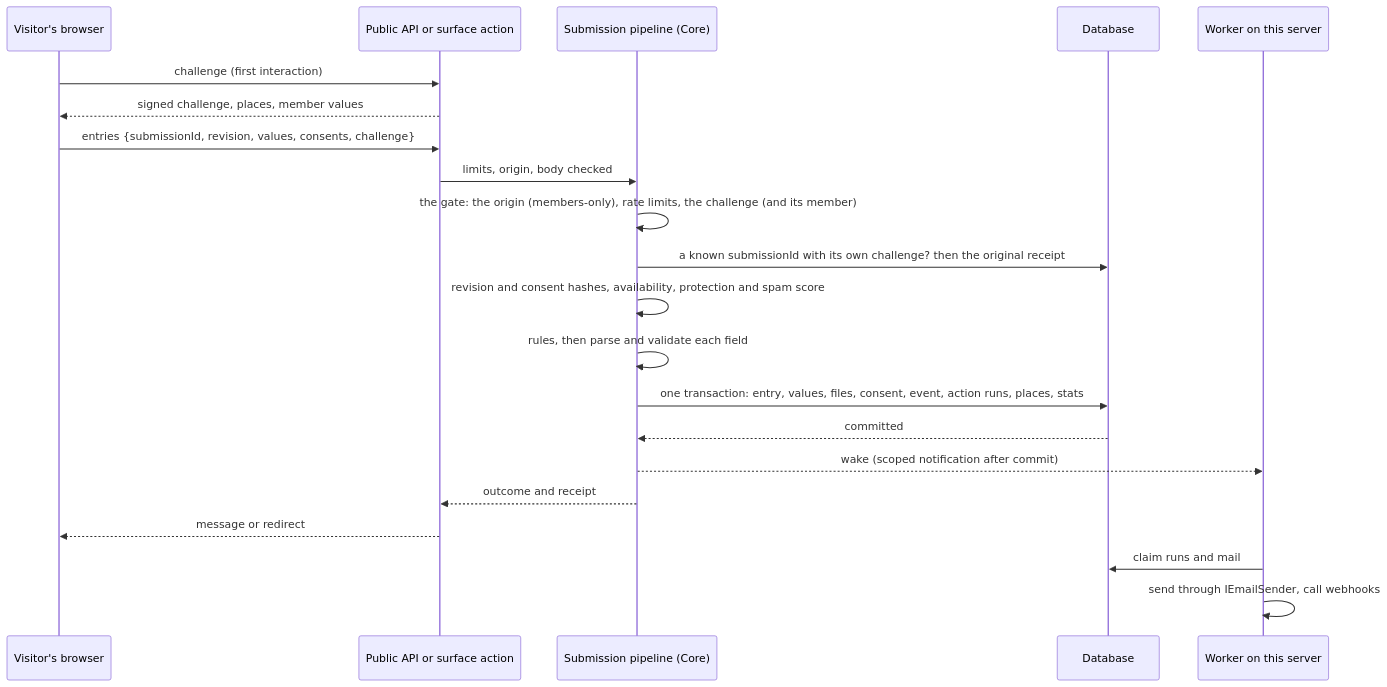
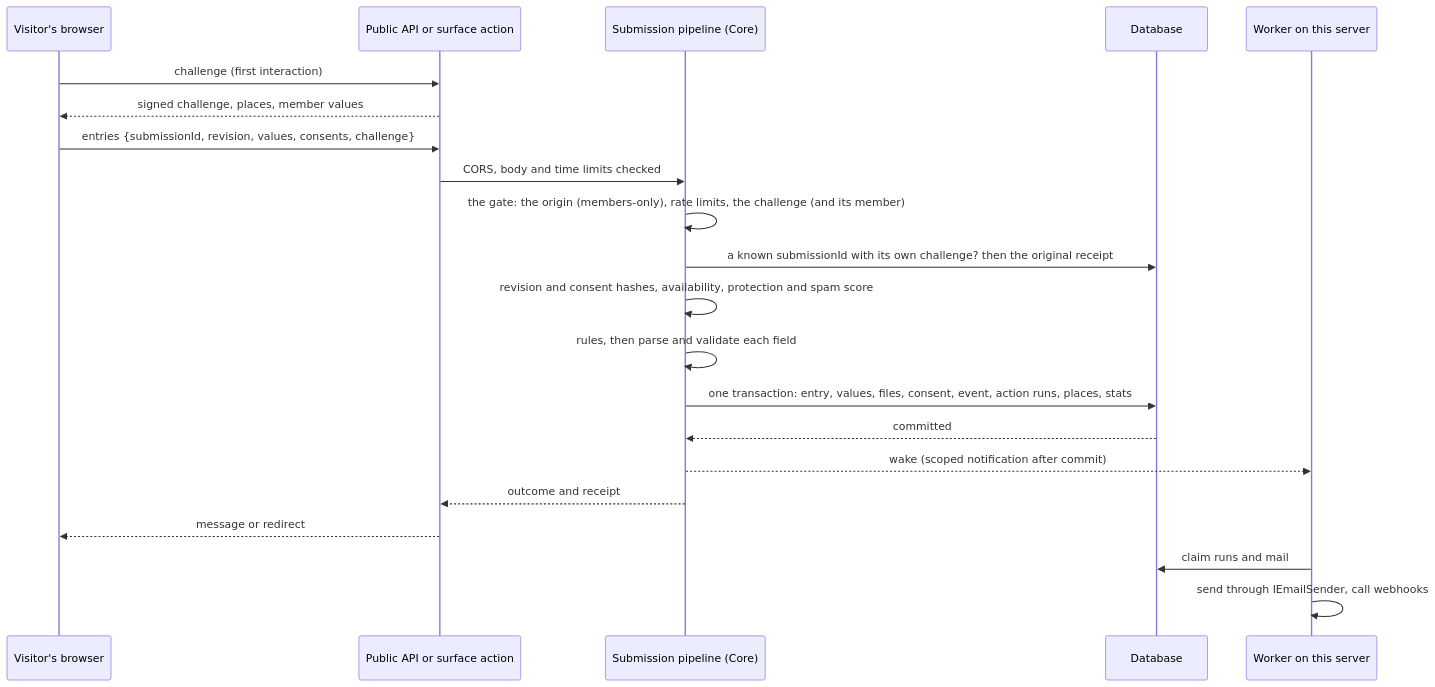
Before and after one commit to Jiron/Jiron.Umbraco.FormBuilder: the third of 3 diagrams in docs/architecture.md, drawn with Mermaid. The commit also changed 2 other files, not shown here.

Commit message:
docs(decisions): bound the receipt grace and cover every late trigger
The check of the round-four fixes found five more gaps:

- Values kept until the actions have run survive any of the form's
  triggers while the entry is Unverified or in Spam, and 8.5 tests forms
  with only submitted, verified or approved actions (§4.4).
- The receipt route accepts a challenge for 24 hours past its expiry,
  not forever, and answers 404 after that (§4.6, ADR-0012).
- 7.1 tests the replay with its entry's own, used challenge, and the
  runtime retry that asks receipt before fetching a new challenge.
- ADR-0012's general 401 rule now sends a retry after a lost answer to
  receipt first.
- The sequence diagram names CORS, body and time limits where it said
  "origin".

````diff
--- a/docs/architecture.md
+++ b/docs/architecture.md
@@ -311,23 +311,23 @@
 ```mermaid
 sequenceDiagram
   participant V as Visitor's browser
   participant P as Public API or surface action
   participant S as Submission pipeline (Core)
   participant D as Database
   participant W as Worker on this server
   V->>P: challenge (first interaction)
   P-->>V: signed challenge, places, member values
   V->>P: entries {submissionId, revision, values, consents, challenge}
-  P->>S: limits, origin, body checked
+  P->>S: CORS, body and time limits checked
   S->>S: the gate: the origin (members-only), rate limits, the challenge (and its member)
   S->>D: a known submissionId with its own challenge? then the original receipt
   S->>S: revision and consent hashes, availability, protection and spam score
   S->>S: rules, then parse and validate each field
   S->>D: one transaction: entry, values, files, consent, event, action runs, places, stats
   D-->>S: committed
   S-->>W: wake (scoped notification after commit)
   S-->>P: outcome and receipt
   P-->>V: message or redirect
   W->>D: claim runs and mail
   W->>W: send through IEmailSender, call webhooks
 ```
````
